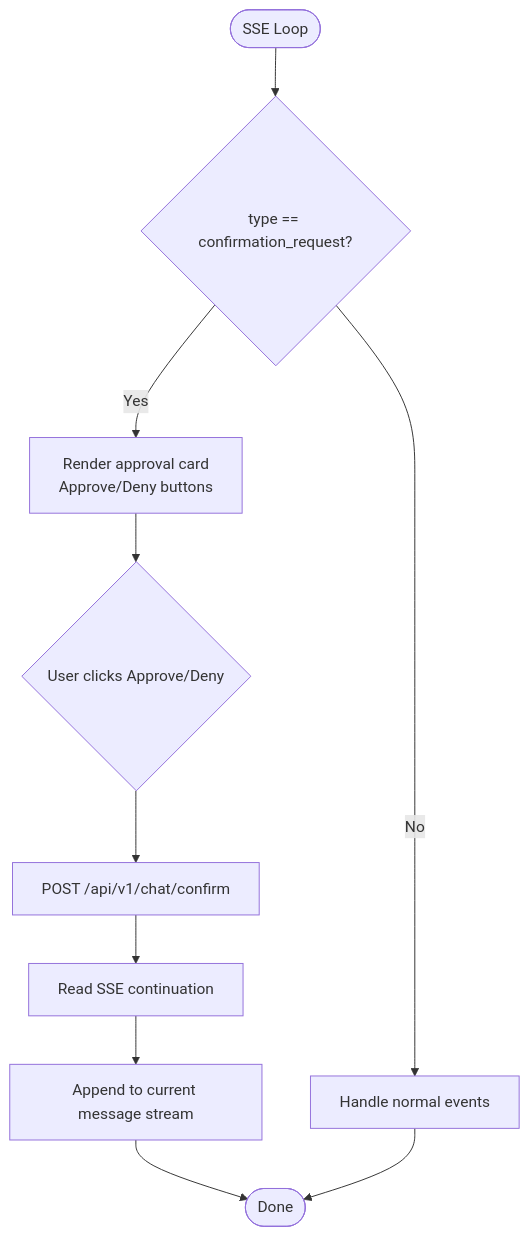
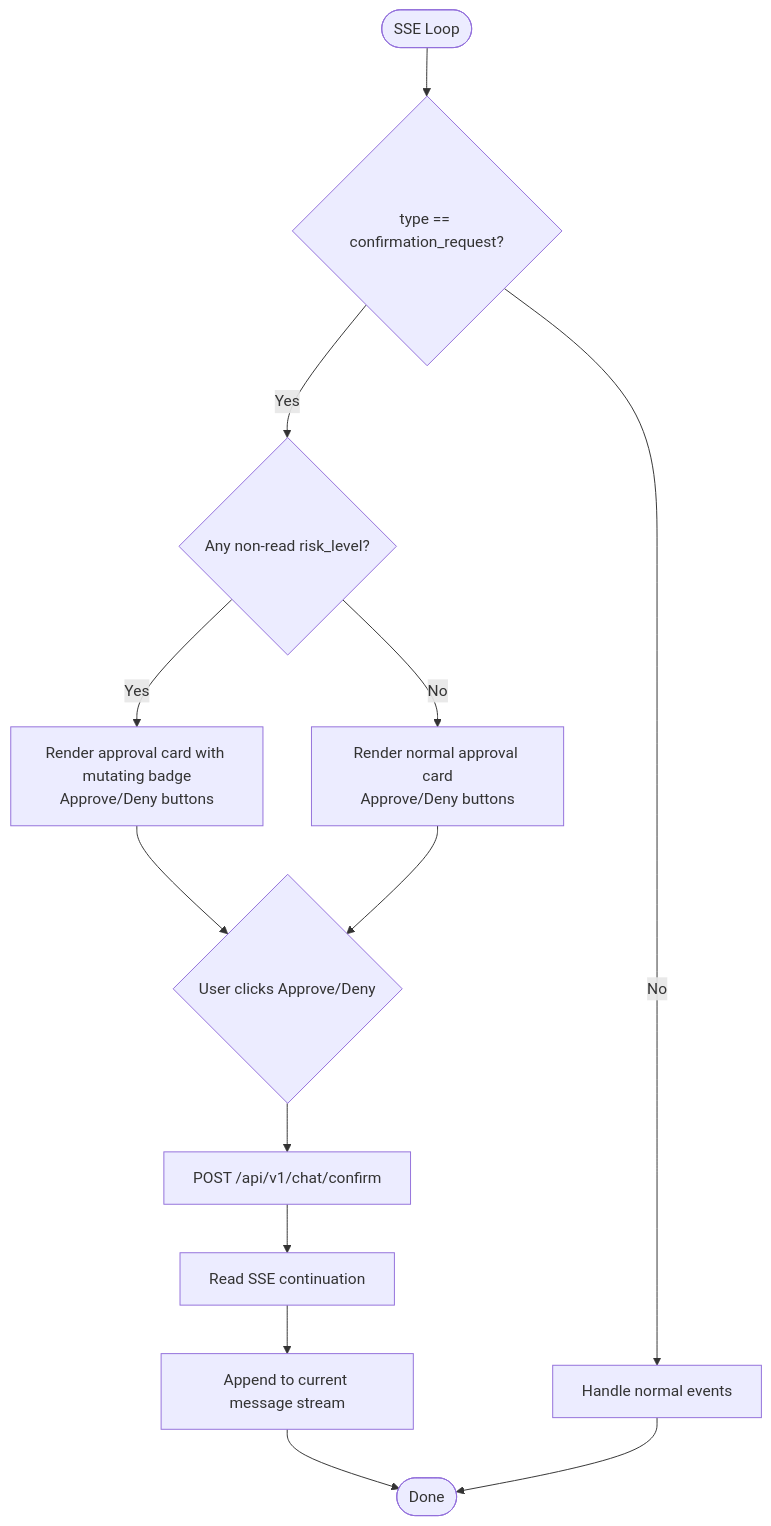
The eighth of 9 diagrams in .qoder/repowiki/en/content/Agent Platform Service/HITL Confirmation Bridging (SPEC-020).md (metasync/luban-aiops), drawn with Mermaid before and after one commit. The commit also changed other lines of this file and 43 other files, not shown here.

````diff
--- a/.qoder/repowiki/en/content/Agent Platform Service/HITL Confirmation Bridging (SPEC-020).md
+++ b/.qoder/repowiki/en/content/Agent Platform Service/HITL Confirmation Bridging (SPEC-020).md
@@ -305,12 +365,15 @@
 ```mermaid
 flowchart TD
 S(["SSE Loop"]) --> Type{"type == confirmation_request?"}
-Type -- Yes --> RenderCard["Render approval card<br/>Approve/Deny buttons"]
-RenderCard --> Decision{"User clicks Approve/Deny"}
+Type -- Yes --> CheckMutating{"Any non-read risk_level?"}
+CheckMutating -- Yes --> RenderMutatingCard["Render approval card with mutating badge<br/>Approve/Deny buttons"]
+CheckMutating -- No --> RenderNormalCard["Render normal approval card<br/>Approve/Deny buttons"]
+RenderMutatingCard --> Decision{"User clicks Approve/Deny"}
+RenderNormalCard --> Decision
 Decision --> Post["POST /api/v1/chat/confirm"]
 Post --> Stream["Read SSE continuation"]
 Stream --> Append["Append to current message stream"]
 Type -- No --> Normal["Handle normal events"]
 Append --> Done(["Done"])
 Normal --> Done
 ```
````
